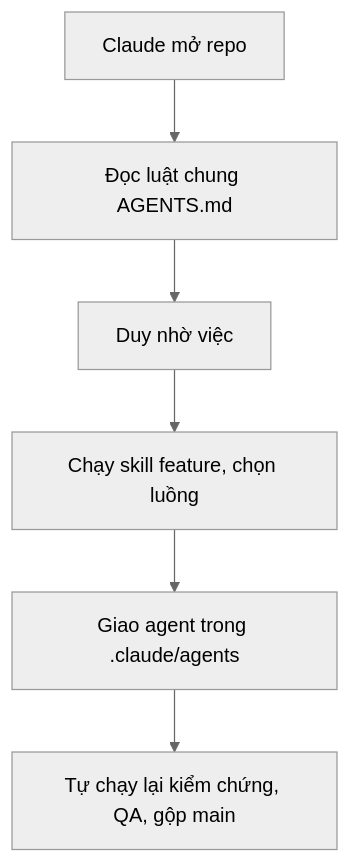
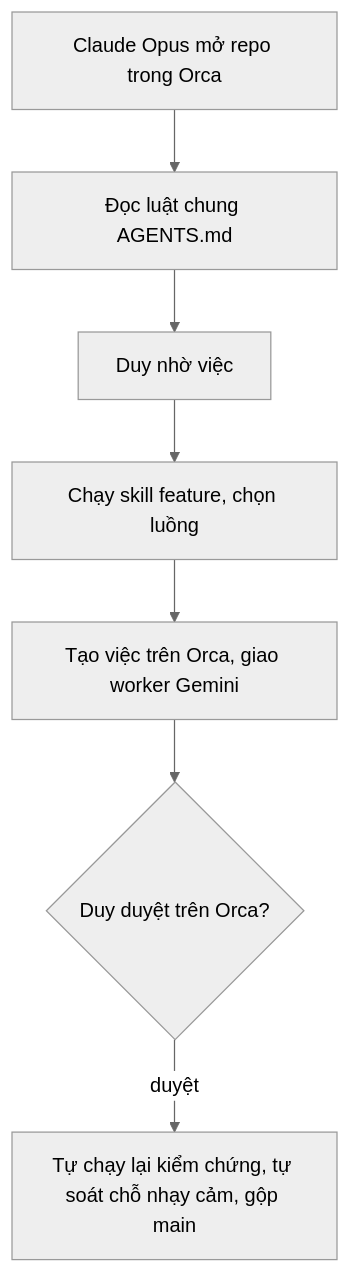
The diagram in CLAUDE.md (DuyduyFedev46/fish), drawn with Mermaid (neutral theme) before and after one commit. The commit also changed other lines of this file and 28 other files, not shown here.

First line of the commit message:
Điều phối qua Orca: Opus 5.5 điều phối duy nhất, mọi vai là worker Gemini 4 Carbon (Duy 24/11)

````diff
--- a/CLAUDE.md
+++ b/CLAUDE.md
@@ -3,8 +3,9 @@
 ```mermaid
 flowchart TD
-  A["Claude mở repo"] --> B["Đọc luật chung AGENTS.md"]
+  A["Claude Opus mở repo trong Orca"] --> B["Đọc luật chung AGENTS.md"]
   B --> C["Duy nhờ việc"]
   C --> D["Chạy skill feature, chọn luồng"]
-  D --> E["Giao agent trong .claude/agents"]
-  E --> F["Tự chạy lại kiểm chứng, QA, gộp main"]
+  D --> E["Tạo việc trên Orca, giao worker Gemini"]
+  E --> F{"Duy duyệt trên Orca?"}
+  F -- "duyệt" --> G["Tự chạy lại kiểm chứng, tự soát chỗ nhạy cảm, gộp main"]
 ```
````
